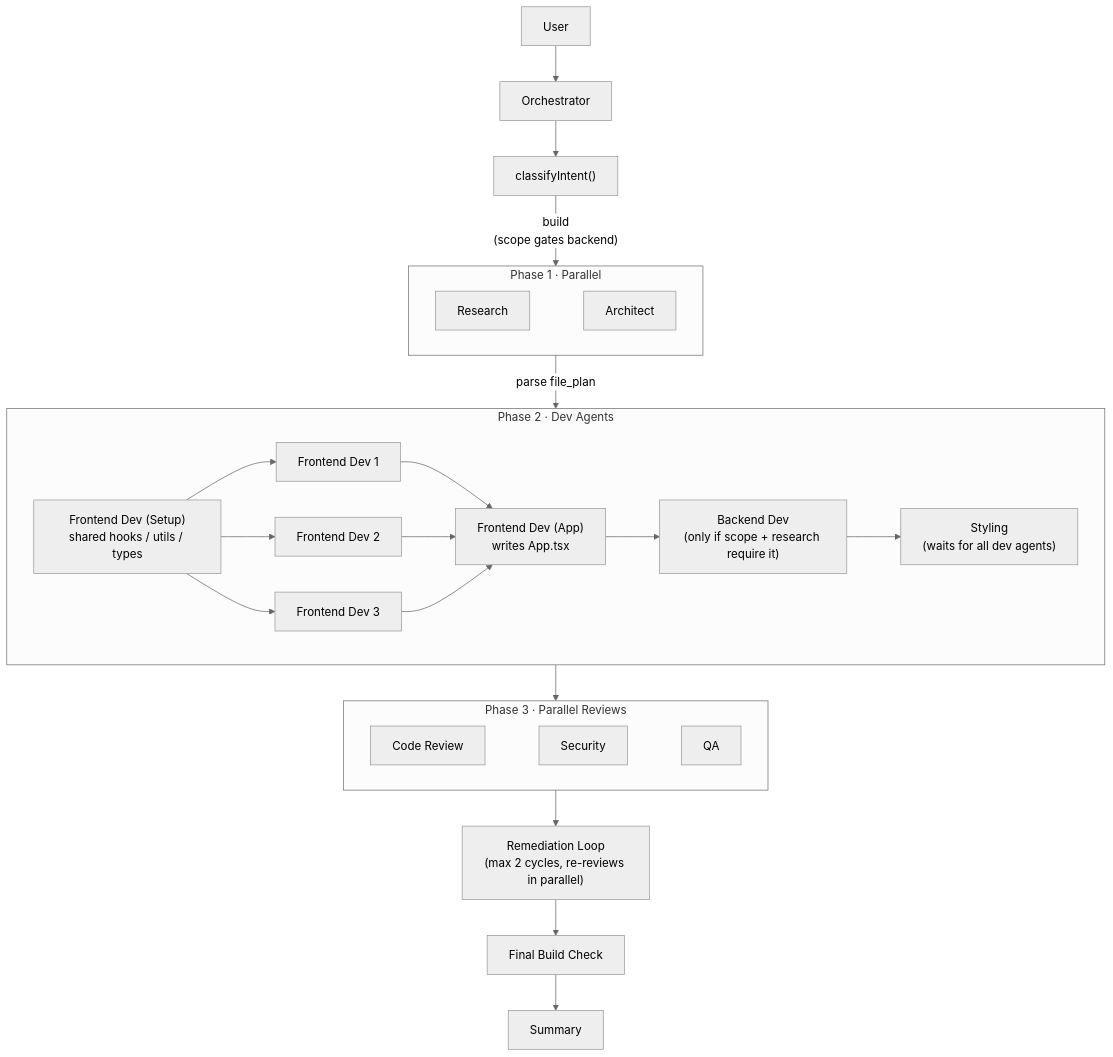
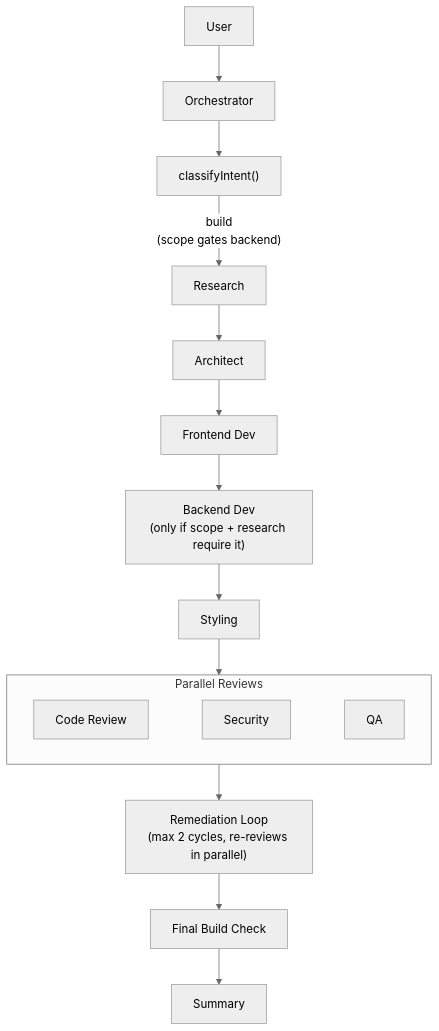
The first of 3 diagrams in docs/wiki/Agent-Roster.md (anthonybaldwin/page-gen), drawn with Mermaid (neutral theme) before and after one commit. The commit also changed other lines of this file and 6 other files, not shown here.

````diff
--- a/docs/wiki/Agent-Roster.md
+++ b/docs/wiki/Agent-Roster.md
@@ -101,31 +101,22 @@
 ```mermaid
 graph TD
   User --> Orch["Orchestrator"] --> Classify["classifyIntent()"]
-  Classify -->|"build\n(scope gates backend)"| P1
+  Classify -->|"build\n(scope gates backend)"| Research
 
-  subgraph P1["Phase 1 · Parallel"]
-    direction LR
-    Res["Research"] ~~~ Arc["Architect"]
-  end
+  Research --> Architect
 
-  P1 -->|"parse file_plan"| P2
+  Architect --> FD["Frontend Dev"]
+  FD --> BD["Backend Dev\n(only if scope + research require it)"]
+  BD --> Styling
 
-  subgraph P2["Phase 2 · Dev Agents"]
-    Setup["Frontend Dev (Setup)\nshared hooks / utils / types"]
-    Setup --> FD1["Frontend Dev 1"] & FD2["Frontend Dev 2"] & FD3["Frontend Dev 3"]
-    FD1 & FD2 & FD3 --> AppDev["Frontend Dev (App)\nwrites App.tsx"]
-    AppDev --> BD["Backend Dev\n(only if scope + research require it)"]
-    BD --> Styling["Styling\n(waits for all dev agents)"]
-  end
+  Styling --> P3
 
-  P2 --> P3
-
-  subgraph P3["Phase 3 · Parallel Reviews"]
+  subgraph P3["Parallel Reviews"]
     direction LR
     CR["Code Review"] ~~~ Sec["Security"] ~~~ QA["QA"]
   end
 
   P3 --> Rem["Remediation Loop\n(max 2 cycles, re-reviews in parallel)"]
   Rem --> Build["Final Build Check"]
   Build --> Summary
 ```
````
